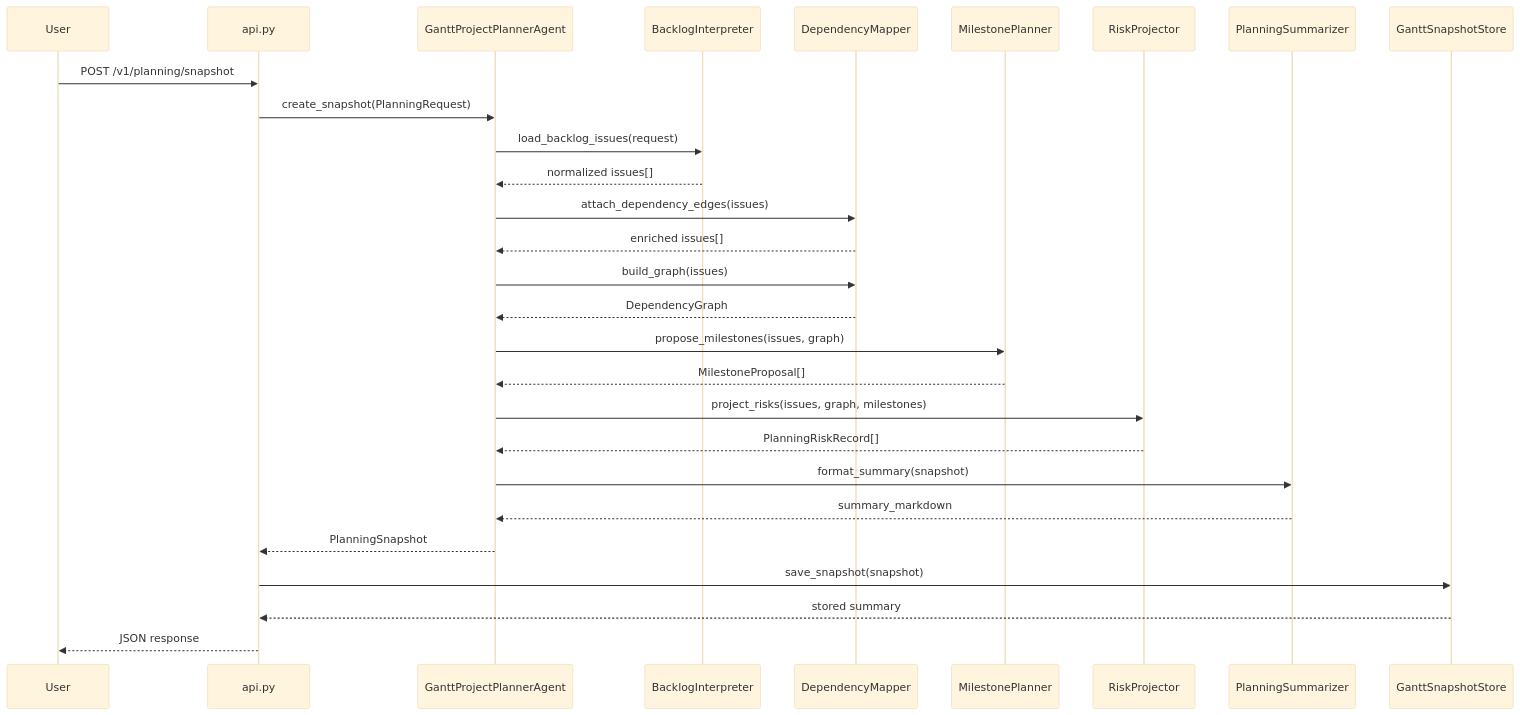
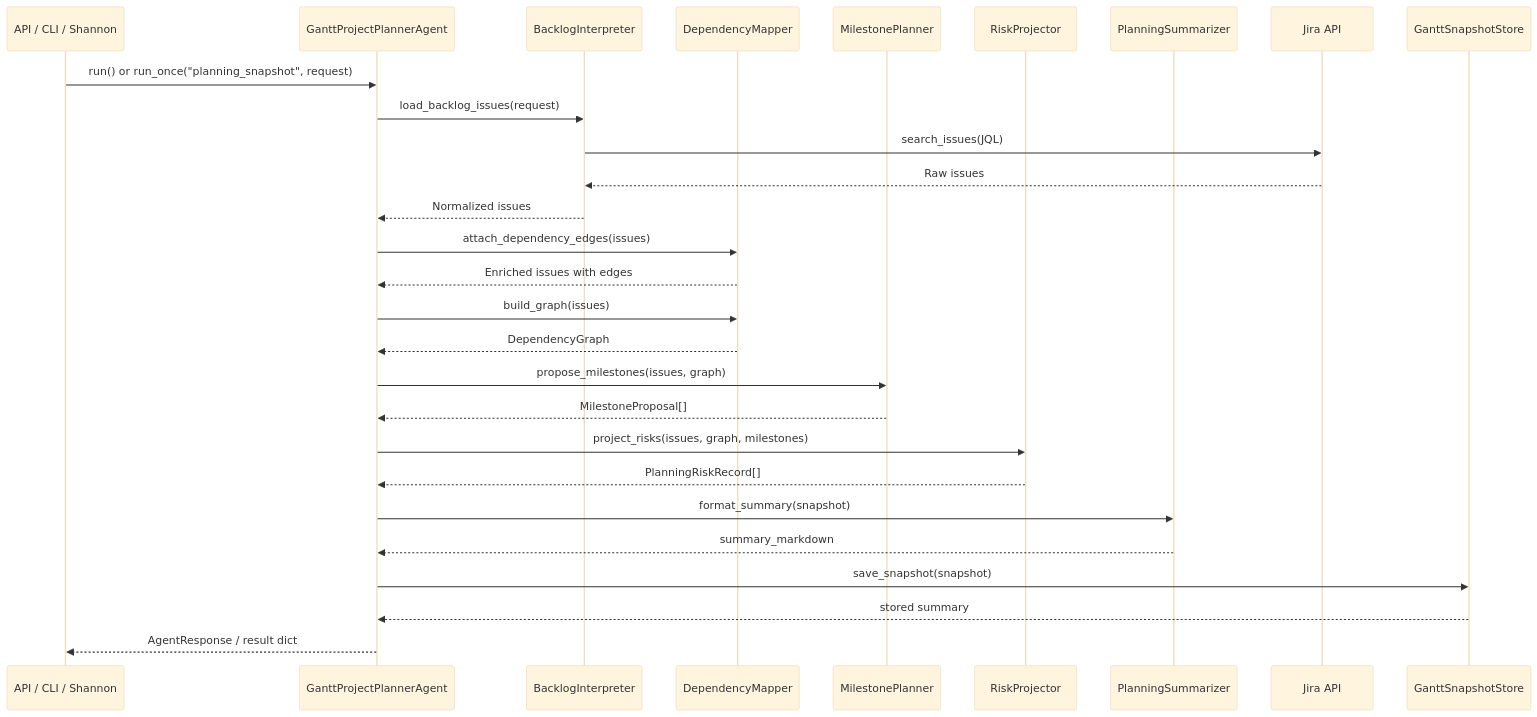
One commit to jmac-cornelis/agent-workforce changed the second of 4 diagrams in docs/agents-gantt.md. Above: the diagram before and after it, drawn with Mermaid (base theme). The commit also changed other lines of this file and 7 other files, not shown here.

````diff
--- a/docs/agents-gantt.md
+++ b/docs/agents-gantt.md
@@ -67,31 +77,31 @@
 ```mermaid
 sequenceDiagram
-    participant User
-    participant API as api.py
+    participant Caller as API / CLI / Shannon
     participant Agent as GanttProjectPlannerAgent
     participant BI as BacklogInterpreter
     participant DM as DependencyMapper
     participant MP as MilestonePlanner
     participant RP as RiskProjector
     participant PS as PlanningSummarizer
+    participant Jira as Jira API
     participant Store as GanttSnapshotStore
 
-    User->>API: POST /v1/planning/snapshot
-    API->>Agent: create_snapshot(PlanningRequest)
+    Caller->>Agent: run() or run_once("planning_snapshot", request)
     Agent->>BI: load_backlog_issues(request)
-    BI-->>Agent: normalized issues[]
+    BI->>Jira: search_issues(JQL)
+    Jira-->>BI: Raw issues
+    BI-->>Agent: Normalized issues
     Agent->>DM: attach_dependency_edges(issues)
-    DM-->>Agent: enriched issues[]
+    DM-->>Agent: Enriched issues with edges
     Agent->>DM: build_graph(issues)
     DM-->>Agent: DependencyGraph
     Agent->>MP: propose_milestones(issues, graph)
     MP-->>Agent: MilestoneProposal[]
     Agent->>RP: project_risks(issues, graph, milestones)
     RP-->>Agent: PlanningRiskRecord[]
     Agent->>PS: format_summary(snapshot)
     PS-->>Agent: summary_markdown
-    Agent-->>API: PlanningSnapshot
-    API->>Store: save_snapshot(snapshot)
-    Store-->>API: stored summary
-    API-->>User: JSON response
+    Agent->>Store: save_snapshot(snapshot)
+    Store-->>Agent: stored summary
+    Agent-->>Caller: AgentResponse / result dict
 ```
````
